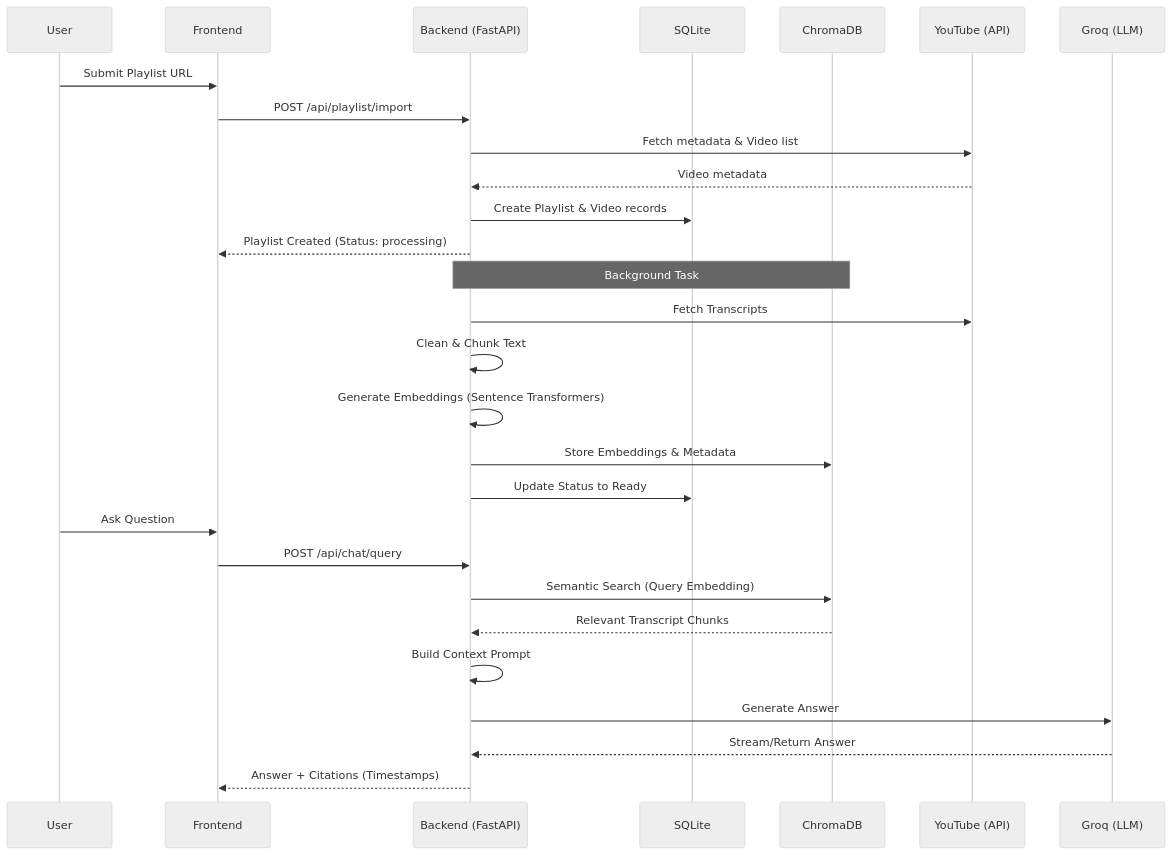
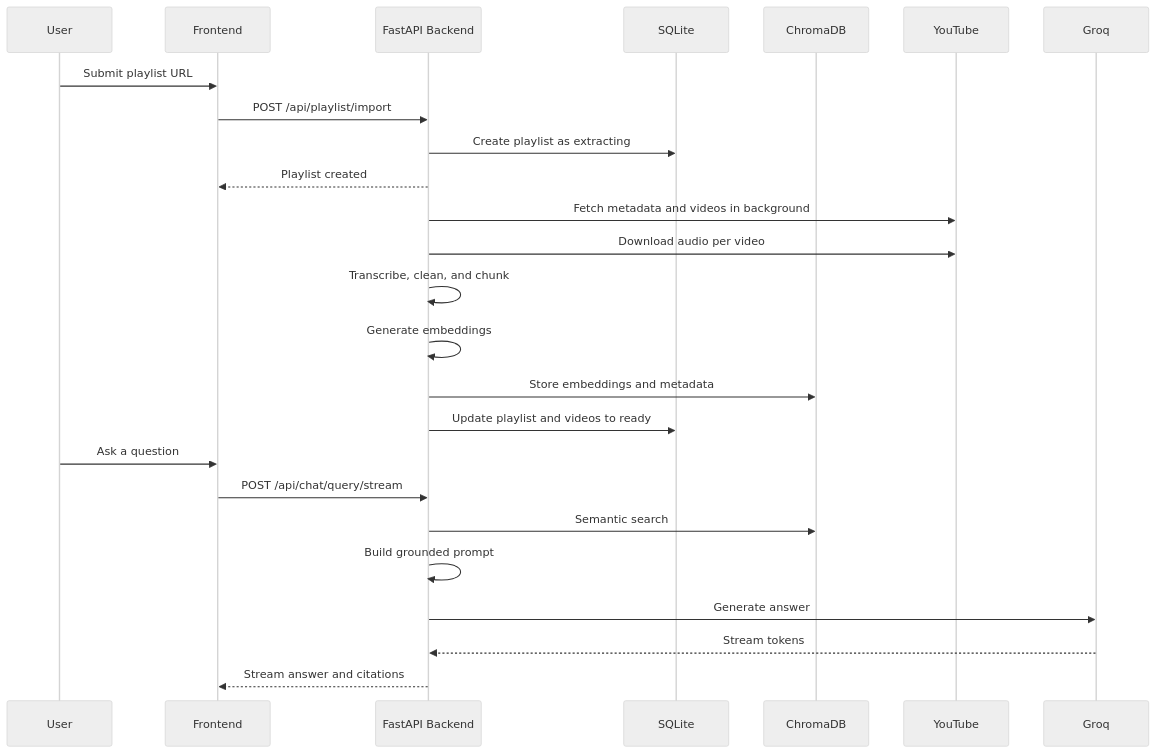
Before and after one commit to HarshS16/Ytutor: the diagram in README.md, drawn with Mermaid (neutral theme). The commit also changed other lines of this file and 21 other files, not shown here.

Commit message:
feat: implement initial project structure with authentication, RAG-based ingestion pipeline, and interactive UI panels

````diff
--- a/README.md
+++ b/README.md
@@ -70,36 +65,29 @@
 ```mermaid
 sequenceDiagram
     participant User
     participant Frontend
-    participant Backend (FastAPI)
+    participant Backend as FastAPI Backend
     participant SQLite
     participant ChromaDB
-    participant YouTube (API)
-    participant Groq (LLM)
+    participant YouTube
+    participant Groq
 
-    %% Ingestion Flow
-    User->>Frontend: Submit Playlist URL
-    Frontend->>Backend (FastAPI): POST /api/playlist/import
-    Backend (FastAPI)->>YouTube (API): Fetch metadata & Video list
-    YouTube (API)-->>Backend (FastAPI): Video metadata
-    Backend (FastAPI)->>SQLite: Create Playlist & Video records
-    Backend (FastAPI)-->>Frontend: Playlist Created (Status: processing)
-    
-    %% Background processing
-    Note over Backend (FastAPI),ChromaDB: Background Task
-    Backend (FastAPI)->>YouTube (API): Fetch Transcripts
-    Backend (FastAPI)->>Backend (FastAPI): Clean & Chunk Text
-    Backend (FastAPI)->>Backend (FastAPI): Generate Embeddings (Sentence Transformers)
-    Backend (FastAPI)->>ChromaDB: Store Embeddings & Metadata
-    Backend (FastAPI)->>SQLite: Update Status to Ready
+    User->>Frontend: Submit playlist URL
+    Frontend->>Backend: POST /api/playlist/import
+    Backend->>SQLite: Create playlist as extracting
+    Backend-->>Frontend: Playlist created
+    Backend->>YouTube: Fetch metadata and videos in background
+    Backend->>YouTube: Download audio per video
+    Backend->>Backend: Transcribe, clean, and chunk
+    Backend->>Backend: Generate embeddings
+    Backend->>ChromaDB: Store embeddings and metadata
+    Backend->>SQLite: Update playlist and videos to ready
 
-    %% RAG Chat Flow
-    User->>Frontend: Ask Question
-    Frontend->>Backend (FastAPI): POST /api/chat/query
-    Backend (FastAPI)->>ChromaDB: Semantic Search (Query Embedding)
-    ChromaDB-->>Backend (FastAPI): Relevant Transcript Chunks
-    Backend (FastAPI)->>Backend (FastAPI): Build Context Prompt
-    Backend (FastAPI)->>Groq (LLM): Generate Answer
-    Groq (LLM)-->>Backend (FastAPI): Stream/Return Answer
-    Backend (FastAPI)-->>Frontend: Answer + Citations (Timestamps)
+    User->>Frontend: Ask a question
+    Frontend->>Backend: POST /api/chat/query/stream
+    Backend->>ChromaDB: Semantic search
+    Backend->>Backend: Build grounded prompt
+    Backend->>Groq: Generate answer
+    Groq-->>Backend: Stream tokens
+    Backend-->>Frontend: Stream answer and citations
 ```
````
